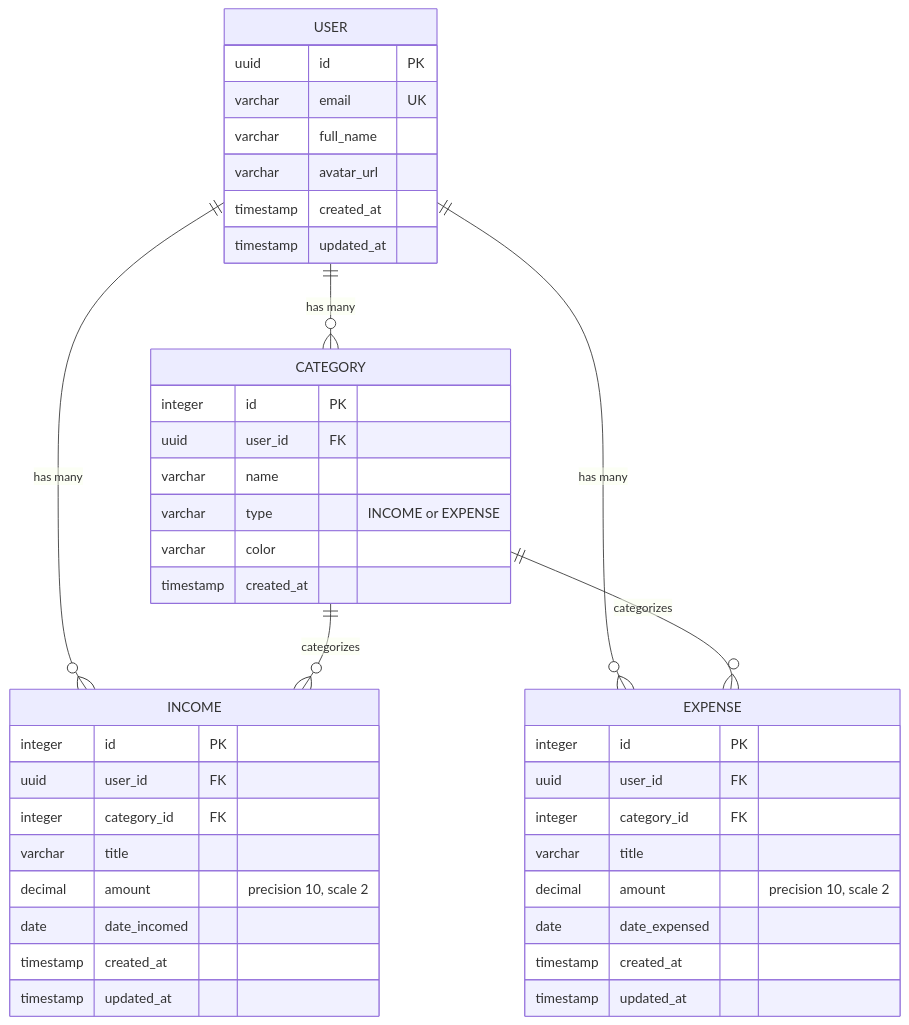
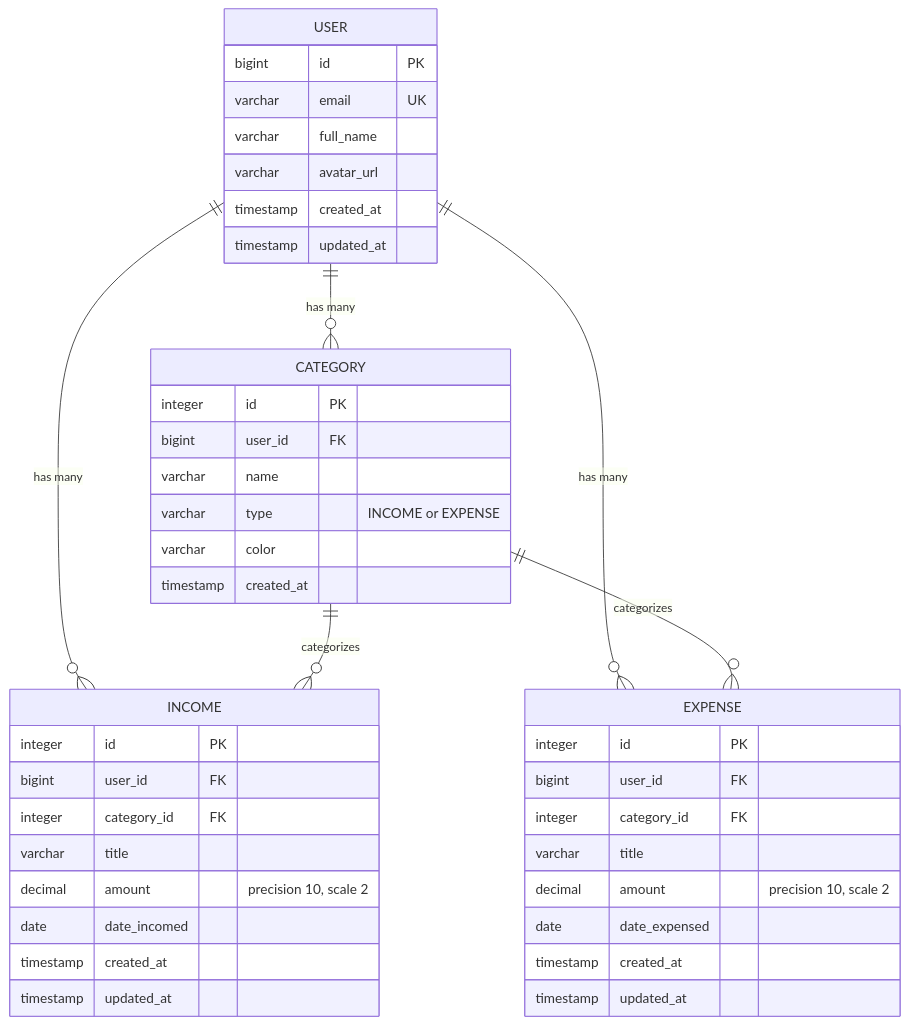
Before and after one commit to rogerbertan/jarvis-backend: the third of 10 diagrams in SYSTEM_DESIGN.md, drawn with Mermaid. The commit also changed other lines of this file and 1 other file, not shown here.

````diff
--- a/SYSTEM_DESIGN.md
+++ b/SYSTEM_DESIGN.md
@@ -116,48 +133,48 @@
 ```mermaid
 erDiagram
     USER ||--o{ CATEGORY : "has many"
     USER ||--o{ INCOME : "has many"
     USER ||--o{ EXPENSE : "has many"
     CATEGORY ||--o{ INCOME : "categorizes"
     CATEGORY ||--o{ EXPENSE : "categorizes"
 
     USER {
-        uuid id PK
+        bigint id PK
         varchar email UK
         varchar full_name
         varchar avatar_url
         timestamp created_at
         timestamp updated_at
     }
 
     CATEGORY {
         integer id PK
-        uuid user_id FK
+        bigint user_id FK
         varchar name
         varchar type "INCOME or EXPENSE"
         varchar color
         timestamp created_at
     }
 
     INCOME {
         integer id PK
-        uuid user_id FK
+        bigint user_id FK
         integer category_id FK
         varchar title
         decimal amount "precision 10, scale 2"
         date date_incomed
         timestamp created_at
         timestamp updated_at
     }
 
     EXPENSE {
         integer id PK
-        uuid user_id FK
+        bigint user_id FK
         integer category_id FK
         varchar title
         decimal amount "precision 10, scale 2"
         date date_expensed
         timestamp created_at
         timestamp updated_at
     }
 ```
````
